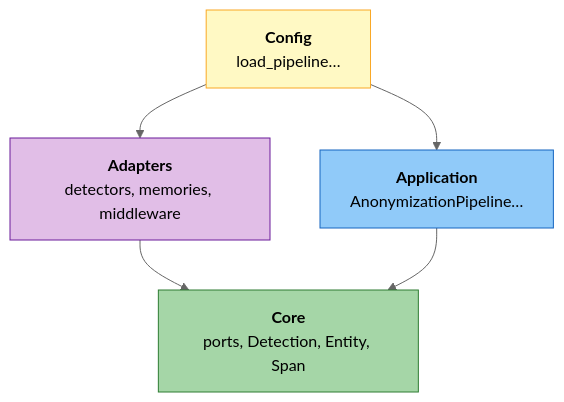
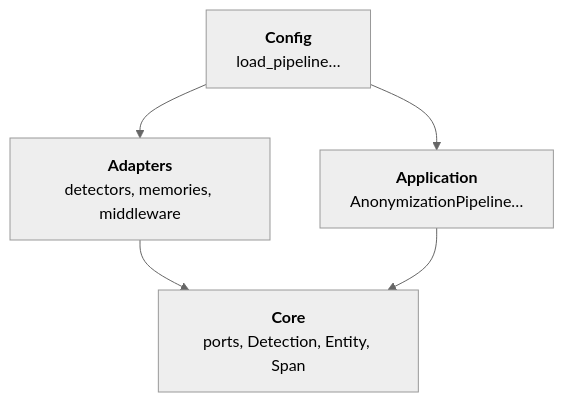
Before and after one commit to Athroniaeth/piighost: the first of 4 diagrams in docs/en/architecture.md, drawn with Mermaid (neutral theme). The commit also changed other lines of this file and 139 other files, not shown here.

````diff
--- a/docs/en/architecture.md
+++ b/docs/en/architecture.md
@@ -27,19 +27,14 @@
 ```mermaid
 flowchart TB
-    classDef core fill:#A5D6A7,stroke:#2E7D32,color:#000
-    classDef app fill:#90CAF9,stroke:#1565C0,color:#000
-    classDef adapter fill:#E1BEE7,stroke:#6A1B9A,color:#000
-    classDef config fill:#FFF9C4,stroke:#F9A825,color:#000
-
     CFG["`**Config**
-    load_pipeline…`"]:::config
+    load_pipeline…`"]
     ADP["`**Adapters**
-    detectors, memories, middleware`"]:::adapter
+    detectors, memories, middleware`"]
     APP["`**Application**
-    AnonymizationPipeline…`"]:::app
+    AnonymizationPipeline…`"]
     CORE["`**Core**
-    ports, Detection, Entity, Span`"]:::core
+    ports, Detection, Entity, Span`"]
 
     CFG --> ADP & APP
     ADP & APP --> CORE
 ```
````
